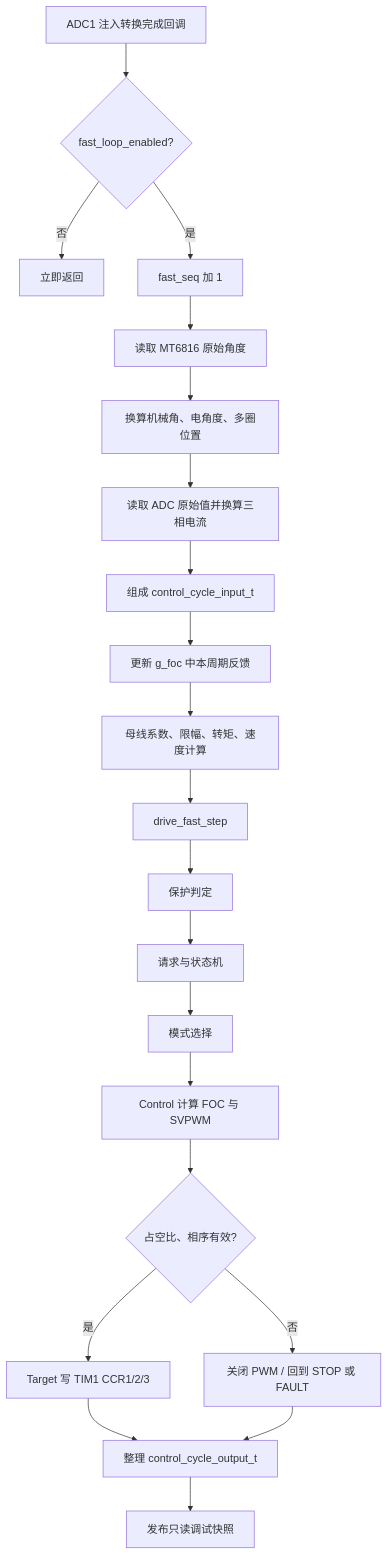
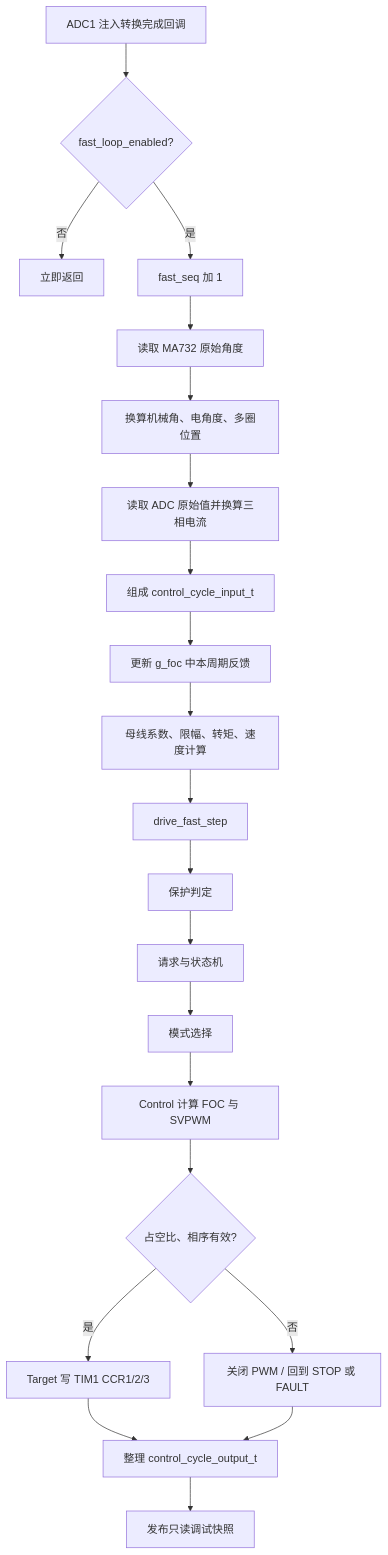
The third of 8 diagrams in 文档/架构重构/08_完整代码框架状态机与算法详解.md (HHHyuan111/AxDr_L), drawn with Mermaid before and after one commit. The commit also changed other lines of this file and 29 other files, not shown here.

````diff
--- a/文档/架构重构/08_完整代码框架状态机与算法详解.md
+++ b/文档/架构重构/08_完整代码框架状态机与算法详解.md
@@ -226,23 +230,23 @@
 ```mermaid
 flowchart TD
     IRQ[ADC1 注入转换完成回调] --> ENABLE{fast_loop_enabled?}
     ENABLE -- 否 --> RET[立即返回]
     ENABLE -- 是 --> SEQ[fast_seq 加 1]
-    SEQ --> ENC[读取 MT6816 原始角度]
+    SEQ --> ENC[读取 MA732 原始角度]
     ENC --> POS[换算机械角、电角度、多圈位置]
     POS --> ADC[读取 ADC 原始值并换算三相电流]
     ADC --> INPUT[组成 control_cycle_input_t]
     INPUT --> FB[更新 g_foc 中本周期反馈]
     FB --> CALC_FB[母线系数、限幅、转矩、速度计算]
     CALC_FB --> DRIVE[drive_fast_step]
     DRIVE --> PROTECT[保护判定]
     PROTECT --> STATE[请求与状态机]
     STATE --> MODE[模式选择]
     MODE --> CTRL[Control 计算 FOC 与 SVPWM]
     CTRL --> VALID{占空比、相序有效?}
     VALID -- 是 --> PWM[Target 写 TIM1 CCR1/2/3]
     VALID -- 否 --> OFF[关闭 PWM / 回到 STOP 或 FAULT]
     PWM --> OUTPUT[整理 control_cycle_output_t]
     OFF --> OUTPUT
     OUTPUT --> SNAP[发布只读调试快照]
 ```
````
